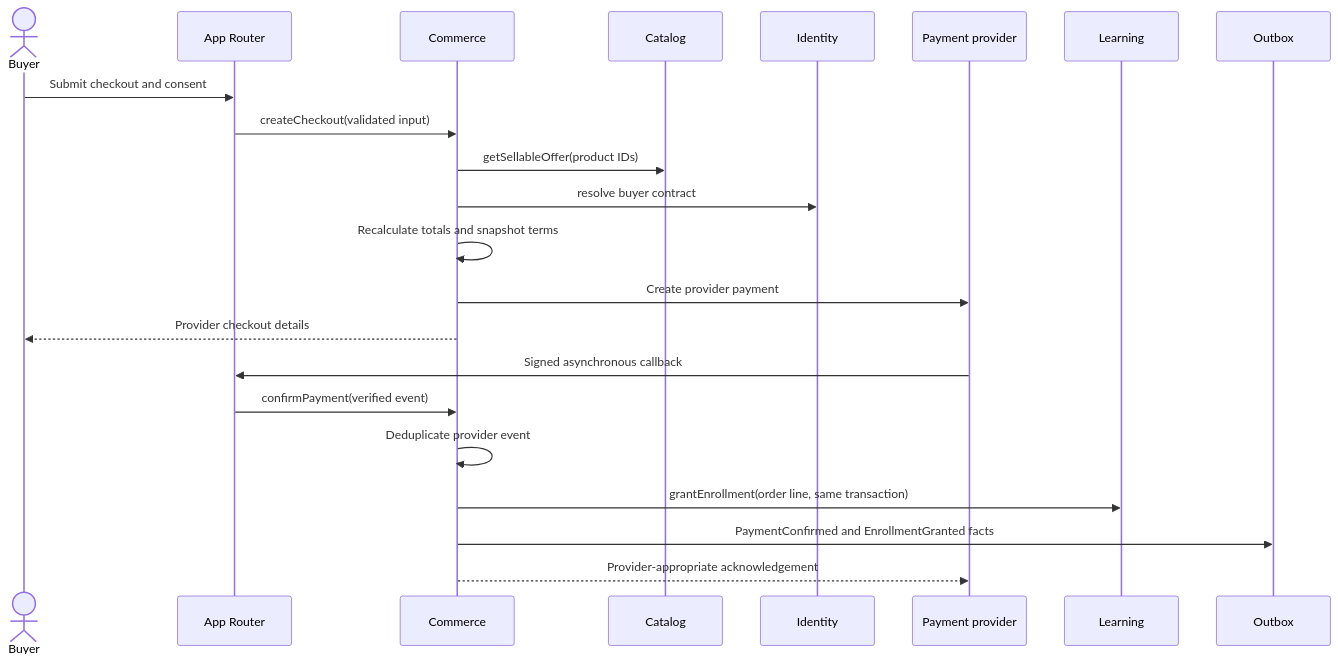
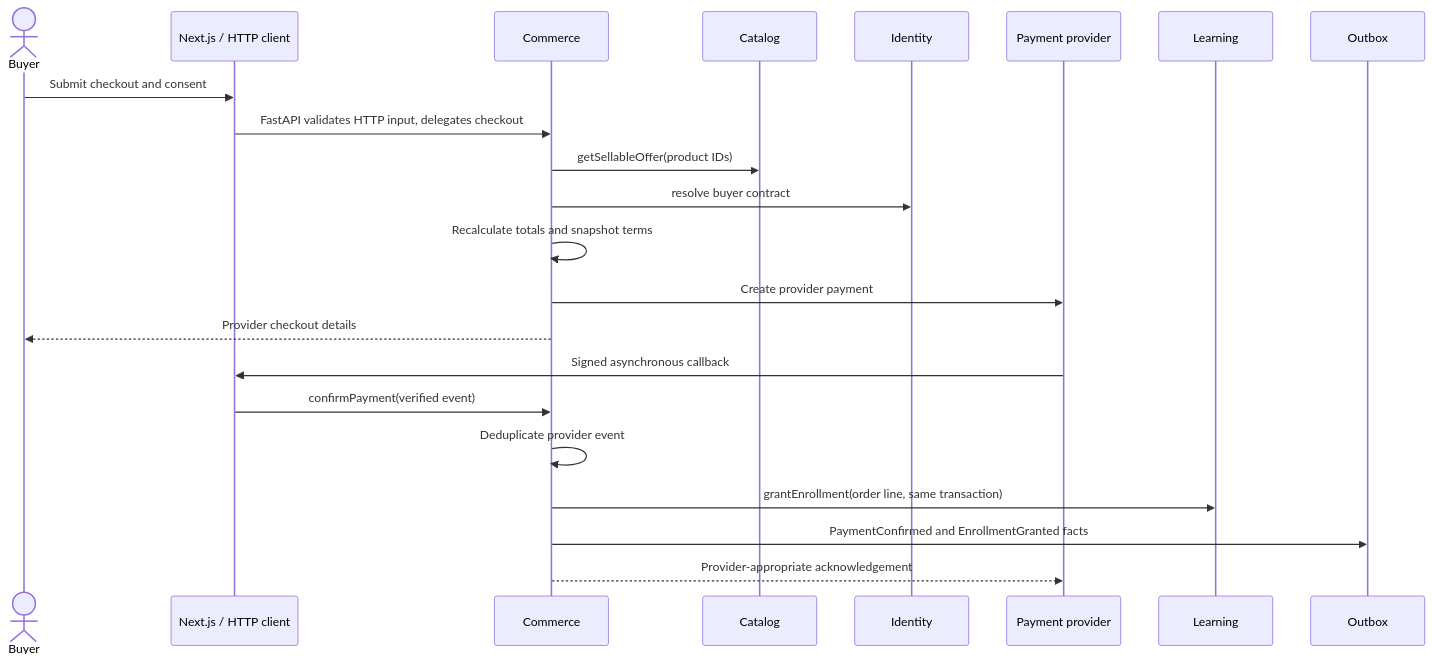
One commit to IBPA-ANDREEVA/lms-academy changed the second of 4 diagrams in docs/architecture/modules.md. Above: the diagram before and after it, drawn with Mermaid. The commit also changed other lines of this file and 511 other files, not shown here.

First line of the commit message:
docs: consolidate Python backend architecture migration

````diff
--- a/docs/architecture/modules.md
+++ b/docs/architecture/modules.md
@@ -304,25 +301,25 @@
 ```mermaid
 sequenceDiagram
     actor Buyer
-    participant UI as App Router
+    participant UI as Next.js / HTTP client
     participant C as Commerce
     participant Cat as Catalog
     participant I as Identity
     participant P as Payment provider
     participant L as Learning
     participant O as Outbox
 
     Buyer->>UI: Submit checkout and consent
-    UI->>C: createCheckout(validated input)
+    UI->>C: FastAPI validates HTTP input, delegates checkout
     C->>Cat: getSellableOffer(product IDs)
     C->>I: resolve buyer contract
     C->>C: Recalculate totals and snapshot terms
     C->>P: Create provider payment
     C-->>Buyer: Provider checkout details
     P->>UI: Signed asynchronous callback
     UI->>C: confirmPayment(verified event)
     C->>C: Deduplicate provider event
     C->>L: grantEnrollment(order line, same transaction)
     C->>O: PaymentConfirmed and EnrollmentGranted facts
     C-->>P: Provider-appropriate acknowledgement
 ```
````
